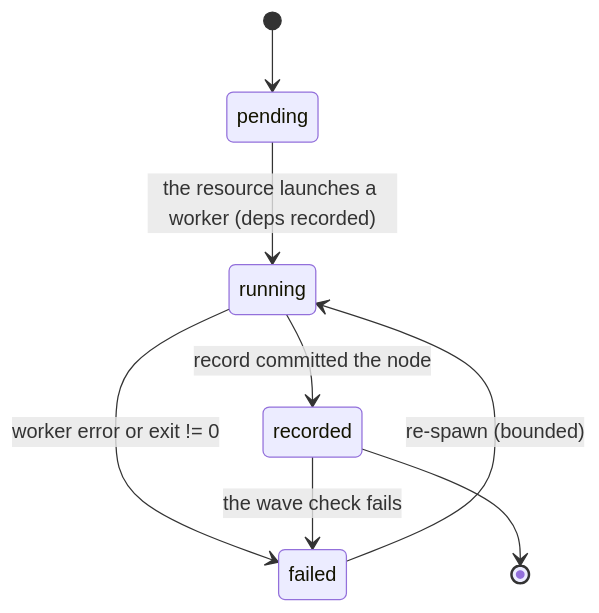
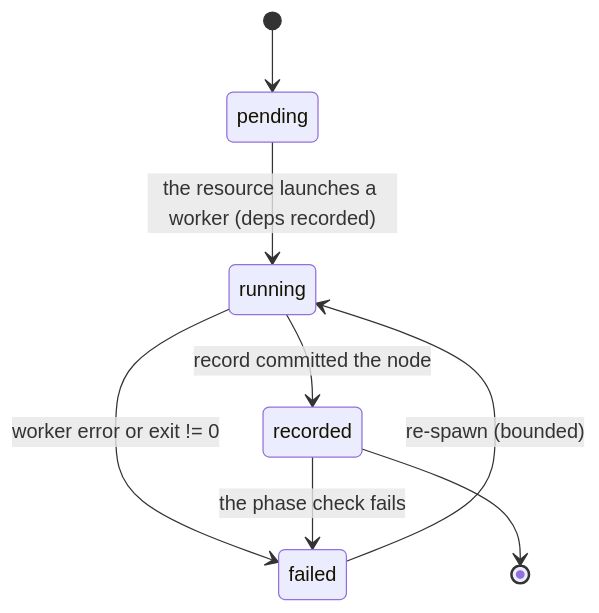
Before and after one commit to ming6ao/sliceme: the tenth of 10 diagrams in docs/architecture.md, drawn with Mermaid. The commit also changed other lines of this file and 57 other files, not shown here.

First line of the commit message:
refactor: remove GPU handling and rename wave to phase

````diff
--- a/docs/architecture.md
+++ b/docs/architecture.md
@@ -460,10 +458,10 @@
 ```mermaid
 stateDiagram-v2
   [*] --> pending
   pending --> running: the resource launches a worker (deps recorded)
   running --> recorded: record committed the node
   running --> failed: worker error or exit != 0
-  recorded --> failed: the wave check fails
+  recorded --> failed: the phase check fails
   failed --> running: re-spawn (bounded)
   recorded --> [*]
 ```
````
